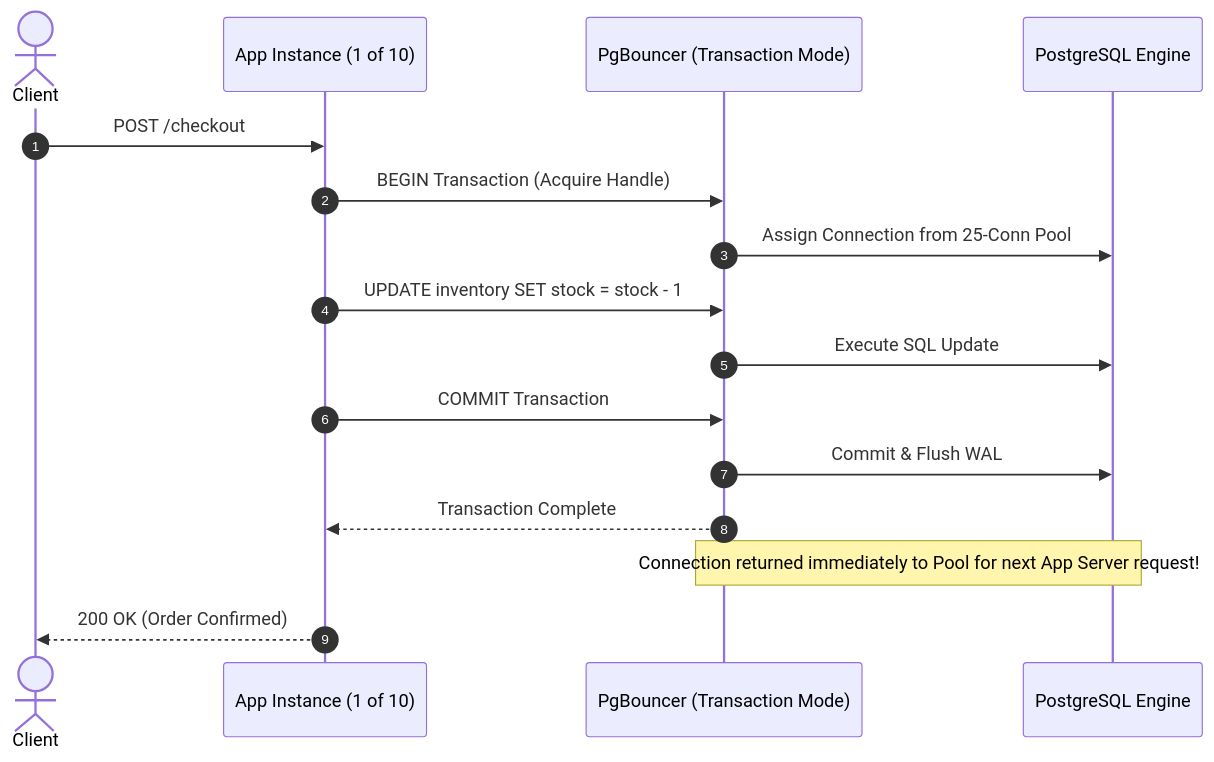
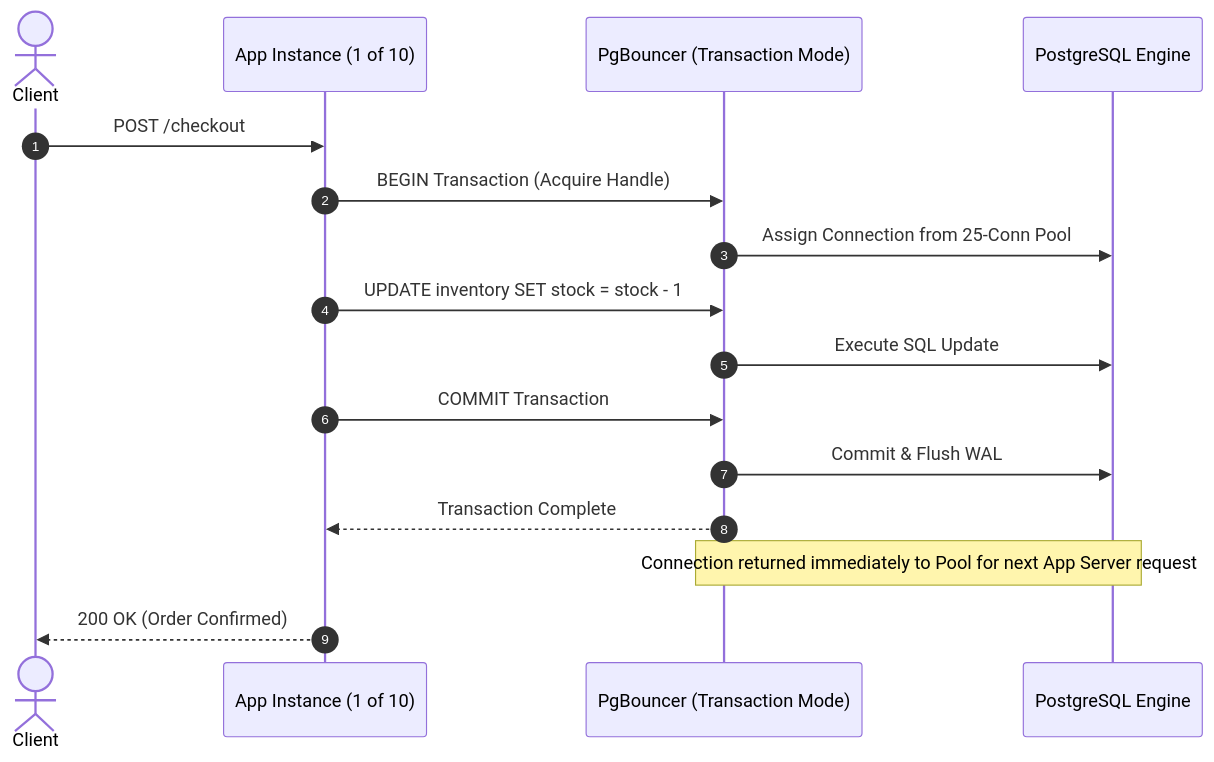
Before and after one commit to userhimanshuverma/30_Days_of_Building_Systems_That_Scale: the fourth of 5 diagrams in days/phase-2-database-becomes-the-problem/day-06-app-scales-db-doesnt/README.md, drawn with Mermaid. The commit also changed other lines of this file and 1 other file, not shown here.

Commit message:
fix(docs): fix Mermaid subgraph ID syntax errors to ensure rendering on GitHub

````diff
--- a/days/phase-2-database-becomes-the-problem/day-06-app-scales-db-doesnt/README.md
+++ b/days/phase-2-database-becomes-the-problem/day-06-app-scales-db-doesnt/README.md
@@ -268,19 +268,19 @@
 ```mermaid
 sequenceDiagram
     autonumber
     actor Client
     participant App as App Instance (1 of 10)
     participant Proxy as PgBouncer (Transaction Mode)
     participant DB as PostgreSQL Engine
 
     Client->>App: POST /checkout
     App->>Proxy: BEGIN Transaction (Acquire Handle)
     Proxy->>DB: Assign Connection from 25-Conn Pool
     App->>Proxy: UPDATE inventory SET stock = stock - 1
     Proxy->>DB: Execute SQL Update
     App->>Proxy: COMMIT Transaction
     Proxy->>DB: Commit & Flush WAL
     Proxy-->>App: Transaction Complete
-    Note over Proxy,DB: Connection returned immediately to Pool for next App Server request!
+    Note over Proxy,DB: Connection returned immediately to Pool for next App Server request
     App-->>Client: 200 OK (Order Confirmed)
 ```
````
